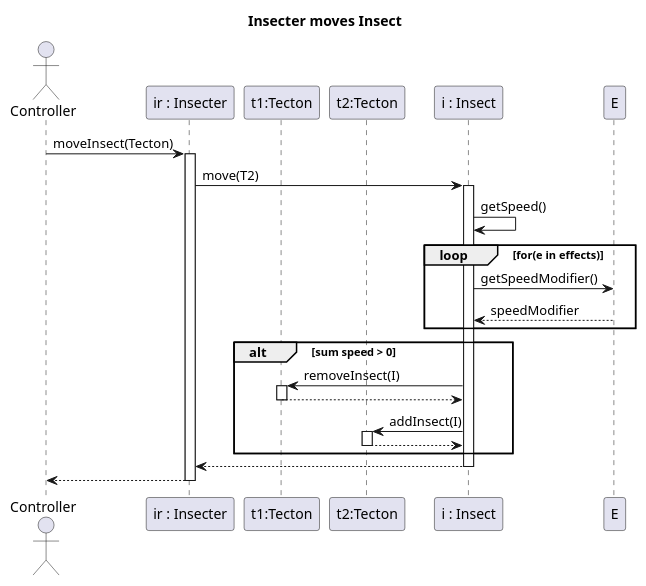
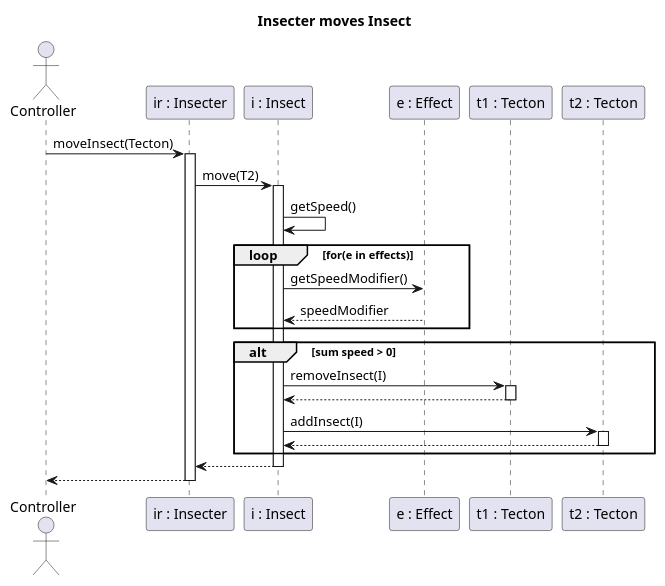
The diagram in 3/sequence/moveInsect.puml (Petya-G/fungorium), drawn with PlantUML before and after one commit. The commit also changed 2 other files, not shown here.

```diff
--- a/3/sequence/moveInsect.puml
+++ b/3/sequence/moveInsect.puml
@@ -1,41 +1,39 @@
 @startuml moveInsect
 title Insecter moves Insect
 
 actor Controller
 participant "ir : Insecter" as IR
 participant "i : Insect" as I
-participant "t1:Tecton" as T1
-participant "t2:Tecton" as T2
-participant "e :Effect" as I
+participant "e : Effect" as E
+participant "t1 : Tecton" as T1
+participant "t2 : Tecton" as T2
 
 Controller -> IR: moveInsect(Tecton)
 activate IR
-IR -> I: move(T2) 
+IR -> I: move(T2)
 activate I
 
 I -> I : getSpeed()
 
-    loop for(e in effects)
-        I -> E : getSpeedModifier()
-        I <-- E : speedModifier
-    end
-    alt sum speed > 0
-
-
-I -> T1: removeInsect(I)
-activate T1
-T1 --> I:
-deactivate T1
-I -> T2: addInsect(I)
-activate T2
-T2 --> I:
-deactivate T2
+loop for(e in effects)
+    I -> E : getSpeedModifier()
+    I <-- E : speedModifier
+end
+alt sum speed > 0
+    I -> T1: removeInsect(I)
+    activate T1
+    T1 --> I:
+    deactivate T1
+    I -> T2: addInsect(I)
+    activate T2
+    T2 --> I:
+    deactivate T2
 end
 I --> IR
 
 deactivate I
 
 Controller <-- IR
 deactivate IR
 deactivate IR
 @enduml
```
